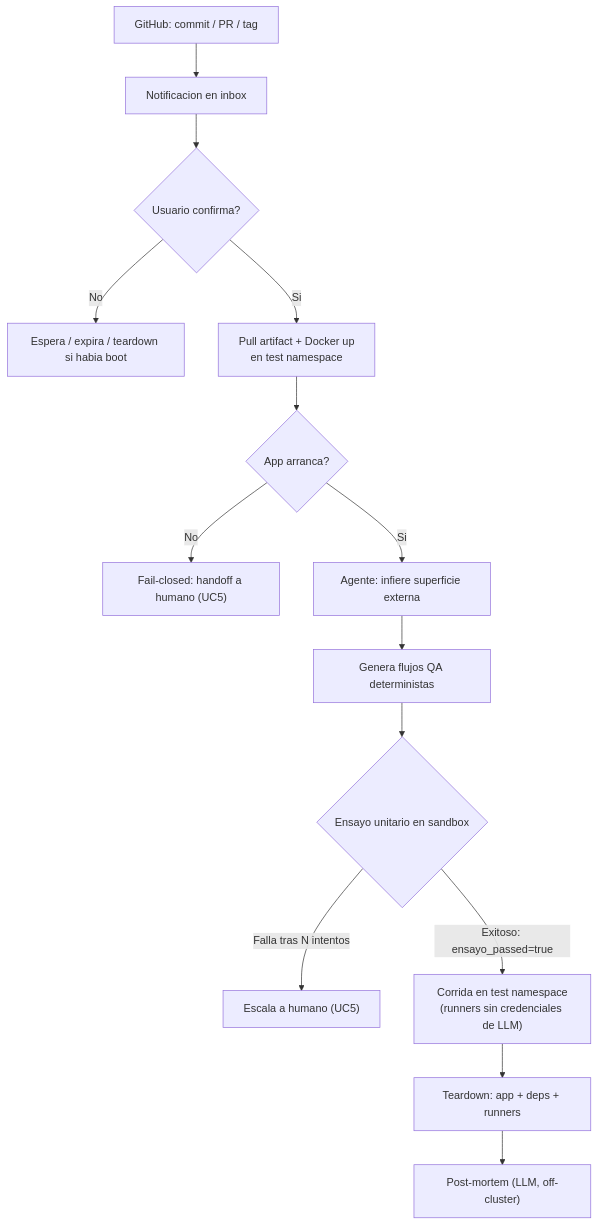
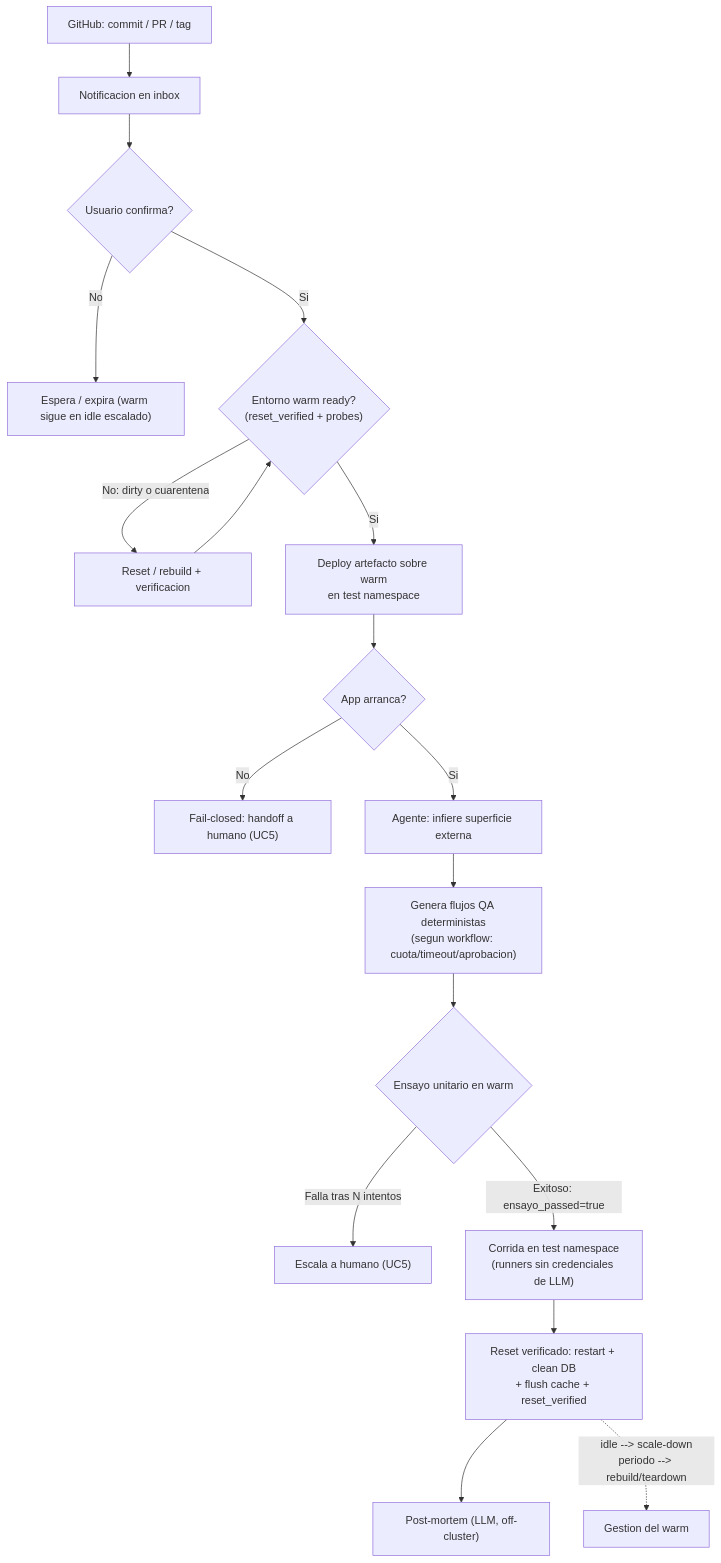
One commit to ogaston/agentic-qa-swarm changed the fourth of 6 diagrams in specs/prd.md. Above: the diagram before and after it, drawn with Mermaid. The commit also changed other lines of this file and 3 other files, not shown here.

````diff
--- a/specs/prd.md
+++ b/specs/prd.md
@@ -313,16 +315,20 @@
 ```mermaid
 flowchart TD
     GH["GitHub: commit / PR / tag"] --> N["Notificacion en inbox"]
     N --> CONF{"Usuario confirma?"}
-    CONF -- No --> WAIT["Espera / expira / teardown si habia boot"]
-    CONF -- Si --> PULL["Pull artifact + Docker up<br/>en test namespace"]
-    PULL --> BOOT{"App arranca?"}
+    CONF -- No --> WAIT["Espera / expira (warm sigue en idle escalado)"]
+    CONF -- Si --> CHK{"Entorno warm ready?<br/>(reset_verified + probes)"}
+    CHK -- "No: dirty o cuarentena" --> RST["Reset / rebuild + verificacion"]
+    RST --> CHK
+    CHK -- Si --> DEP["Deploy artefacto sobre warm<br/>en test namespace"]
+    DEP --> BOOT{"App arranca?"}
     BOOT -- No --> H1["Fail-closed: handoff a humano (UC5)"]
     BOOT -- Si --> A["Agente: infiere superficie externa"]
-    A --> B["Genera flujos QA deterministas"]
-    B --> C{"Ensayo unitario en sandbox"}
+    A --> B["Genera flujos QA deterministas<br/>(segun workflow: cuota/timeout/aprobacion)"]
+    B --> C{"Ensayo unitario en warm"}
     C -- "Falla tras N intentos" --> H["Escala a humano (UC5)"]
     C -- "Exitoso: ensayo_passed=true" --> E["Corrida en test namespace<br/>(runners sin credenciales de LLM)"]
-    E --> F["Teardown: app + deps + runners"]
-    F --> G["Post-mortem (LLM, off-cluster)"]
+    E --> R["Reset verificado: restart + clean DB<br/>+ flush cache + reset_verified"]
+    R --> G["Post-mortem (LLM, off-cluster)"]
+    R -. "idle --> scale-down<br/>periodo --> rebuild/teardown" .-> WARM["Gestion del warm"]
 ```
````
